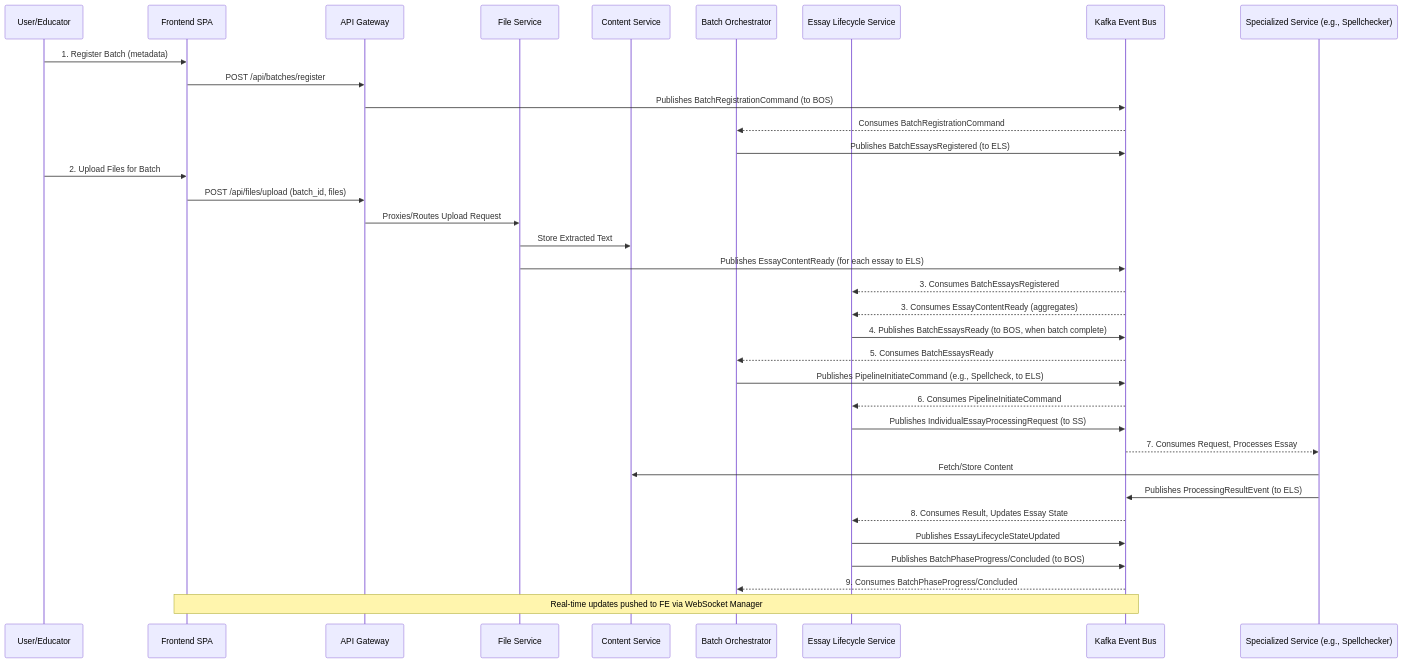
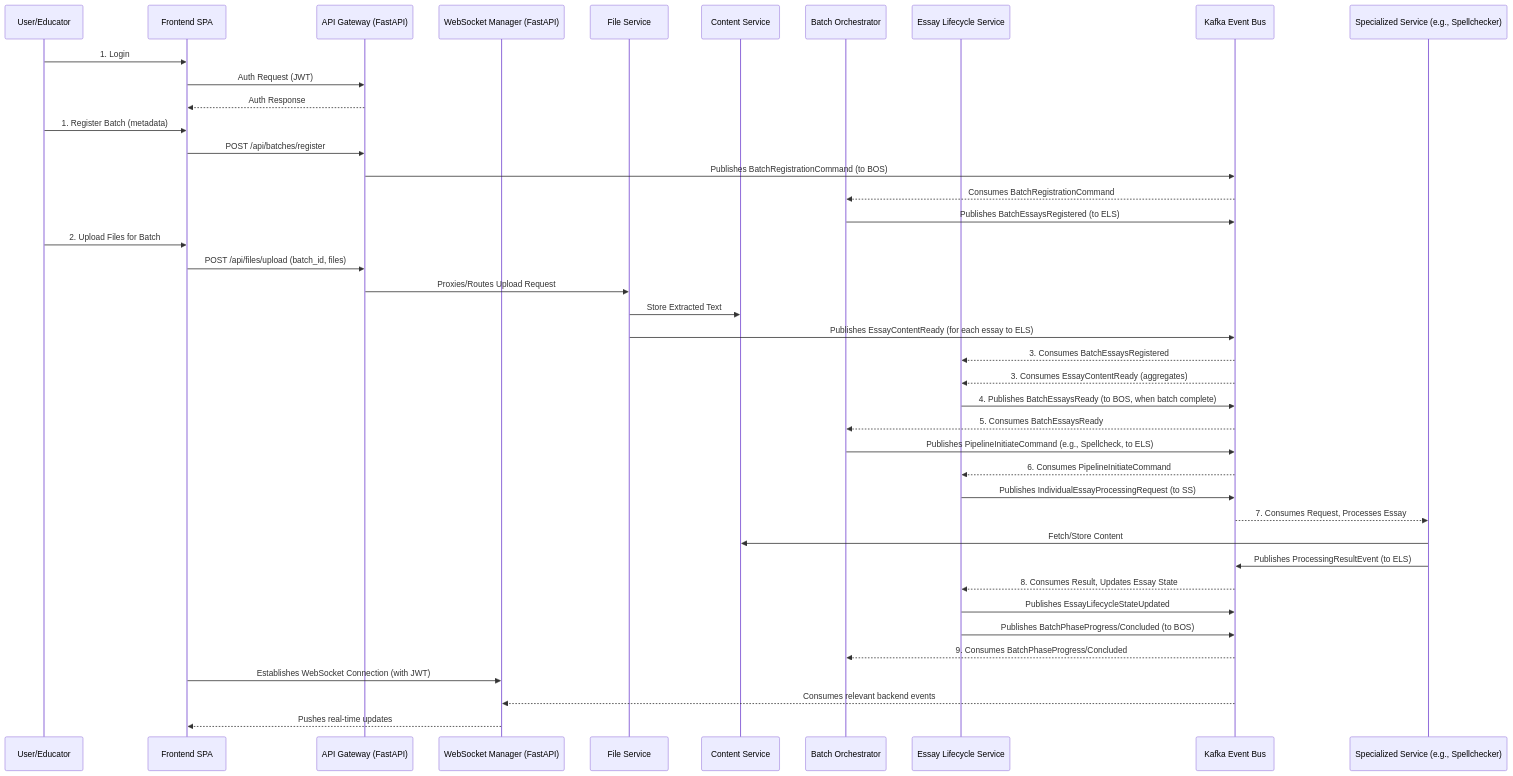
One commit to paunchygent/huleedu changed the diagram in Documentation/PRD:s/PRD.md. Above: the diagram before and after it, drawn with Mermaid. The commit also changed other lines of this file and 11 other files, not shown here.

````diff
--- a/Documentation/PRD:s/PRD.md
+++ b/Documentation/PRD:s/PRD.md
@@ -124,46 +138,53 @@
 ```mermaid
 sequenceDiagram
     participant User as User/Educator
     participant FE as Frontend SPA
-    participant APIGW as API Gateway
+    participant APIGW as API Gateway (FastAPI)
+    participant WSM as WebSocket Manager (FastAPI)
     participant FS as File Service
     participant CS as Content Service
     participant BOS as Batch Orchestrator
     participant ELS as Essay Lifecycle Service
     participant Kafka as Kafka Event Bus
     participant SS as Specialized Service (e.g., Spellchecker)
+
+    User->>FE: 1. Login
+    FE->>APIGW: Auth Request (JWT)
+    APIGW-->>FE: Auth Response
 
     User->>FE: 1. Register Batch (metadata)
     FE->>APIGW: POST /api/batches/register
     APIGW->>Kafka: Publishes BatchRegistrationCommand (to BOS)
     Kafka-->>BOS: Consumes BatchRegistrationCommand
     BOS->>Kafka: Publishes BatchEssaysRegistered (to ELS)
 
     User->>FE: 2. Upload Files for Batch
     FE->>APIGW: POST /api/files/upload (batch_id, files)
     APIGW->>FS: Proxies/Routes Upload Request
     FS->>CS: Store Extracted Text
     FS->>Kafka: Publishes EssayContentReady (for each essay to ELS)
 
     Kafka-->>ELS: 3. Consumes BatchEssaysRegistered
     Kafka-->>ELS: 3. Consumes EssayContentReady (aggregates)
     ELS->>Kafka: 4. Publishes BatchEssaysReady (to BOS, when batch complete)
 
     Kafka-->>BOS: 5. Consumes BatchEssaysReady
     BOS->>Kafka: Publishes PipelineInitiateCommand (e.g., Spellcheck, to ELS)
 
     Kafka-->>ELS: 6. Consumes PipelineInitiateCommand
     ELS->>Kafka: Publishes IndividualEssayProcessingRequest (to SS)
 
     Kafka-->>SS: 7. Consumes Request, Processes Essay
     SS->>CS: Fetch/Store Content
     SS->>Kafka: Publishes ProcessingResultEvent (to ELS)
 
     Kafka-->>ELS: 8. Consumes Result, Updates Essay State
     ELS->>Kafka: Publishes EssayLifecycleStateUpdated
     ELS->>Kafka: Publishes BatchPhaseProgress/Concluded (to BOS)
 
     Kafka-->>BOS: 9. Consumes BatchPhaseProgress/Concluded
-
-    Note over Kafka, FE: Real-time updates pushed to FE via WebSocket Manager
+    
+    FE->>WSM: Establishes WebSocket Connection (with JWT)
+    Kafka-->>WSM: Consumes relevant backend events
+    WSM-->>FE: Pushes real-time updates
 ```
````
